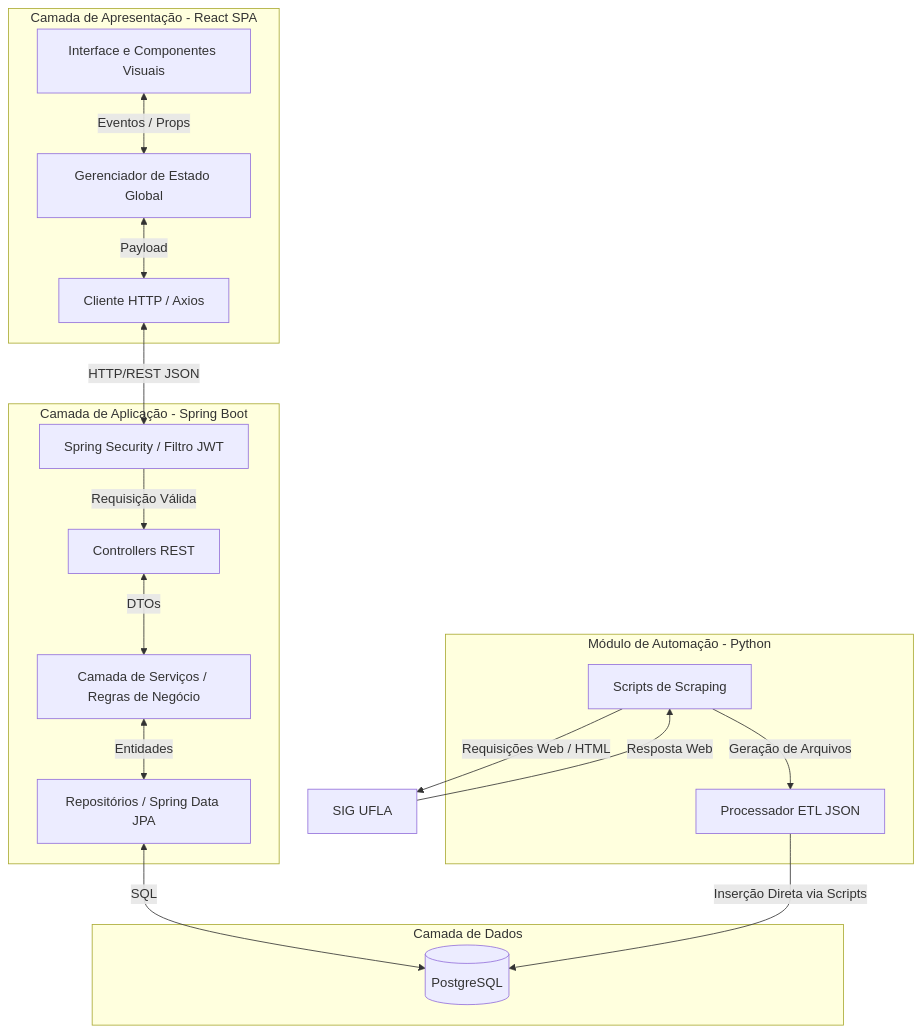
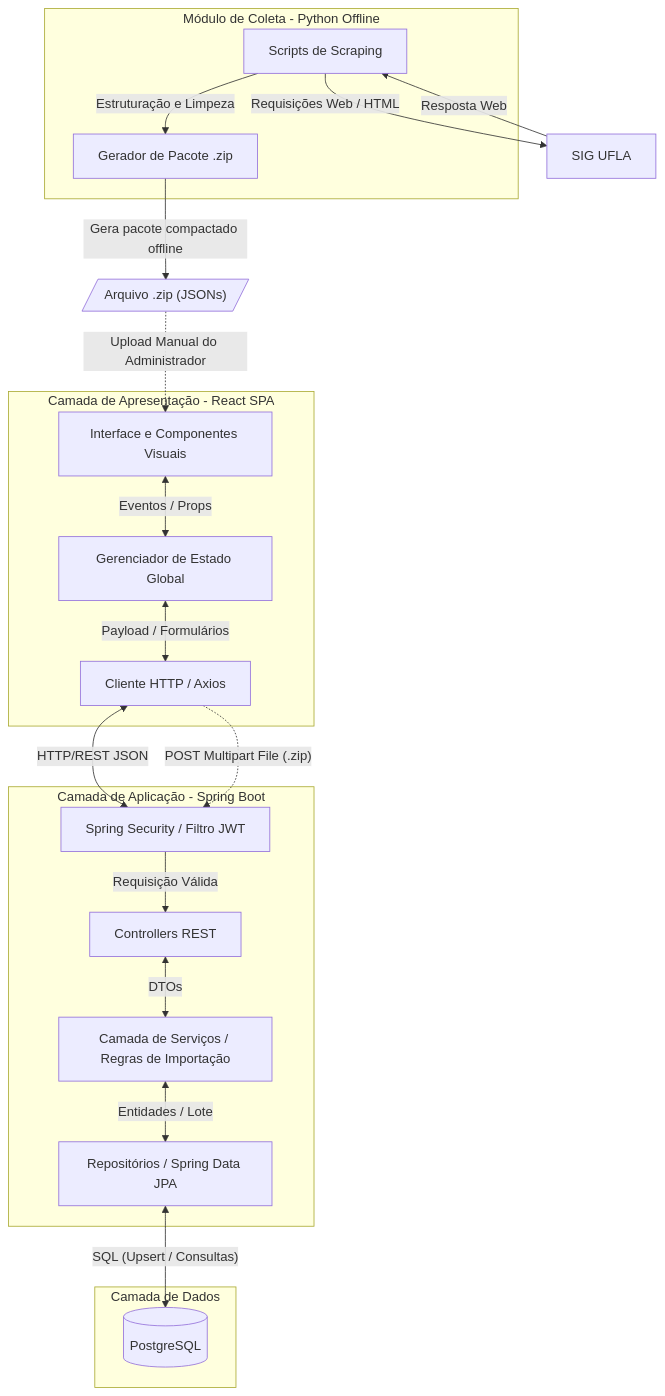
Before and after one commit to GradeUFLA/.github: the diagram in docs/08_arquitetura_do_sistema.md, drawn with Mermaid. The commit also changed other lines of this file, not shown here.

````diff
--- a/docs/08_arquitetura_do_sistema.md
+++ b/docs/08_arquitetura_do_sistema.md
@@ -10,41 +10,44 @@
 ```mermaid
 graph TD
     subgraph Frontend [Camada de Apresentação - React SPA]
         UI[Interface e Componentes Visuais]
         State[Gerenciador de Estado Global]
         ClientHTTP[Cliente HTTP / Axios]
     end
 
     subgraph Backend [Camada de Aplicação - Spring Boot]
         Security[Spring Security / Filtro JWT]
         Controller[Controllers REST]
-        Service[Camada de Serviços / Regras de Negócio]
+        Service[Camada de Serviços / Regras de Importação]
         Repository[Repositórios / Spring Data JPA]
     end
 
-    subgraph Automacao [Módulo de Automação - Python]
+    subgraph Automacao [Módulo de Coleta - Python Offline]
         Scraper[Scripts de Scraping]
-        ETL[Processador ETL JSON]
+        ETL[Gerador de Pacote .zip]
     end
 
     subgraph Persistencia [Camada de Dados]
         DB[(PostgreSQL)]
     end
 
     SIG[SIG UFLA]
+    ZIP[/"Arquivo .zip (JSONs)"/]
 
-    %% Fluxos de Comunicação
-    UI <-->|Eventos / Props| State
-    State <-->|Payload| ClientHTTP
-    ClientHTTP <-->|HTTP/REST JSON| Security
-    Security -->|Requisição Válida| Controller
-    Controller <-->|DTOs| Service
-    Service <-->|Entidades| Repository
-    Repository <-->|SQL| DB
+    %% Fluxos de Comunicação do Sistema
+    UI <-->|"Eventos / Props"| State
+    State <-->|"Payload / Formulários"| ClientHTTP
+    ClientHTTP <-->|"HTTP/REST JSON"| Security
+    Security -->|"Requisição Válida"| Controller
+    Controller <-->|"DTOs"| Service
+    Service <-->|"Entidades / Lote"| Repository
+    Repository <-->|"SQL (Upsert / Consultas)"| DB
 
-    Scraper -->|Requisições Web / HTML| SIG
-    SIG -->|Resposta Web| Scraper
-    Scraper -->|Geração de Arquivos| ETL
-    ETL -->|Inserção Direta via Scripts| DB
-
+    %% Fluxo de Coleta e Importação
+    Scraper -->|"Requisições Web / HTML"| SIG
+    SIG -->|"Resposta Web"| Scraper
+    Scraper -->|"Estruturação e Limpeza"| ETL
+    ETL -->|"Gera pacote compactado offline"| ZIP
+    ZIP -.->|"Upload Manual do Administrador"| UI
+    ClientHTTP -.->|"POST Multipart File (.zip)"| Security
 ```
````
